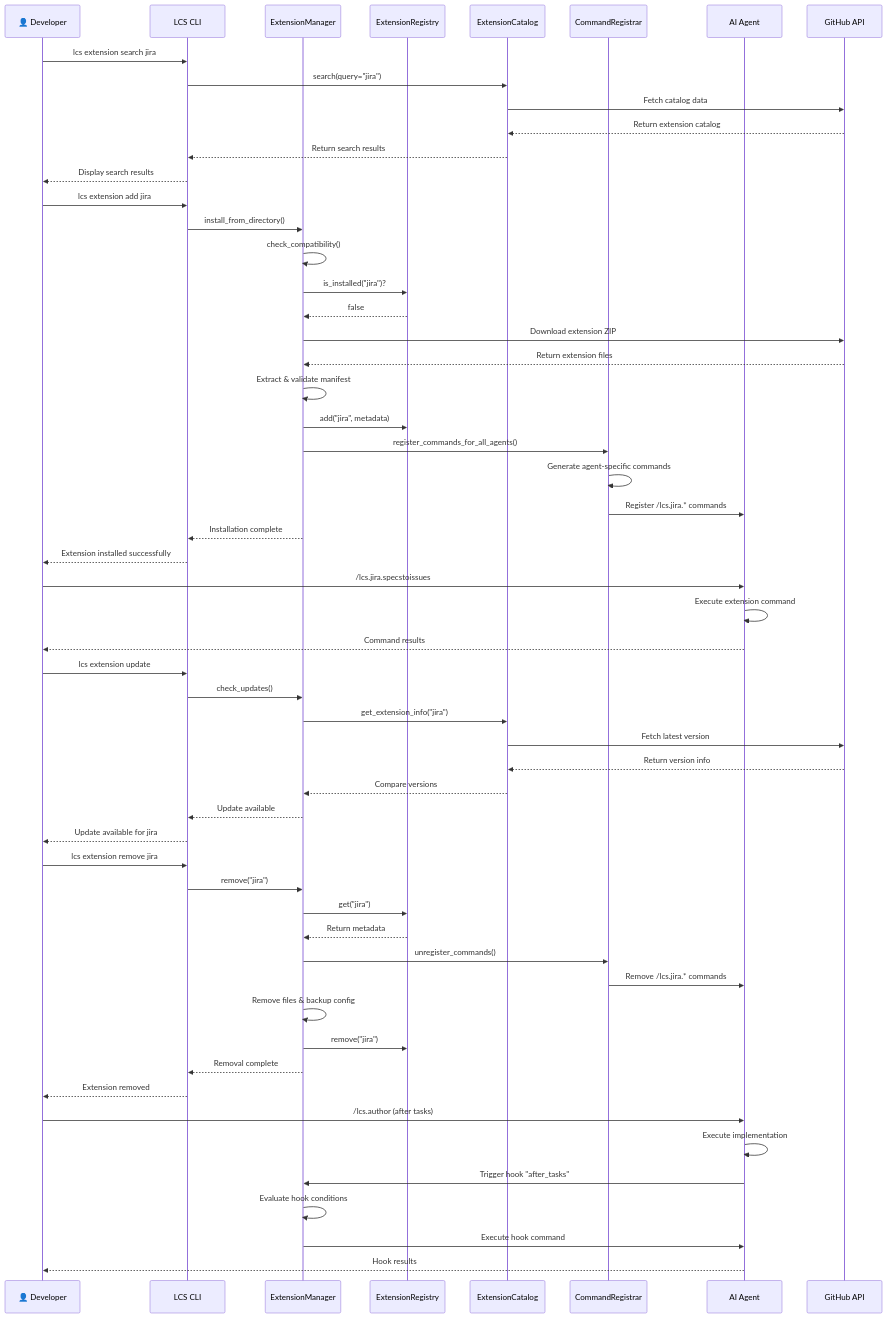
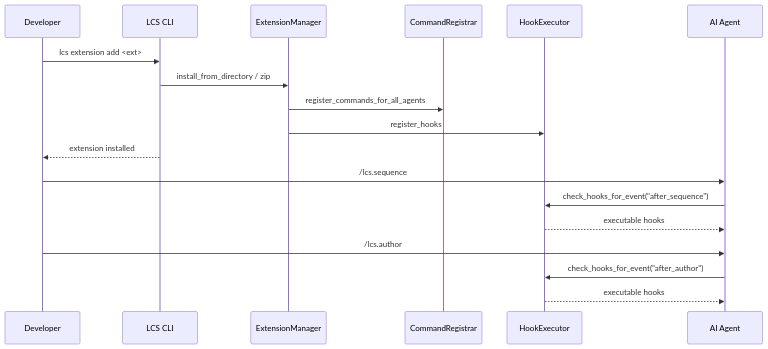
The diagram in docs/system/architect/extension-system-sequence.md (maemreyo/learning-content-specifier), drawn with Mermaid before and after one commit. The commit also changed 49 other files, not shown here.

````diff
--- a/docs/system/architect/extension-system-sequence.md
+++ b/docs/system/architect/extension-system-sequence.md
@@ -1,70 +1,23 @@
 ```mermaid
 sequenceDiagram
-    participant User as 👤 Developer
+    participant User as Developer
     participant CLI as LCS CLI
     participant ExtMgr as ExtensionManager
-    participant ExtReg as ExtensionRegistry
-    participant ExtCat as ExtensionCatalog
     participant CmdReg as CommandRegistrar
+    participant Hook as HookExecutor
     participant Agent as AI Agent
-    participant GitHub as GitHub API
 
-    %% Extension Discovery & Search
-    User->>CLI: lcs extension search jira
-    CLI->>ExtCat: search(query="jira")
-    ExtCat->>GitHub: Fetch catalog data
-    GitHub-->>ExtCat: Return extension catalog
-    ExtCat-->>CLI: Return search results
-    CLI-->>User: Display search results
+    User->>CLI: lcs extension add <ext>
+    CLI->>ExtMgr: install_from_directory / zip
+    ExtMgr->>CmdReg: register_commands_for_all_agents
+    ExtMgr->>Hook: register_hooks
+    CLI-->>User: extension installed
 
-    %% Extension Installation
-    User->>CLI: lcs extension add jira
-    CLI->>ExtMgr: install_from_directory()
-    ExtMgr->>ExtMgr: check_compatibility()
-    ExtMgr->>ExtReg: is_installed("jira")?
-    ExtReg-->>ExtMgr: false
-    ExtMgr->>GitHub: Download extension ZIP
-    GitHub-->>ExtMgr: Return extension files
-    ExtMgr->>ExtMgr: Extract & validate manifest
-    ExtMgr->>ExtReg: add("jira", metadata)
-    ExtMgr->>CmdReg: register_commands_for_all_agents()
-    CmdReg->>CmdReg: Generate agent-specific commands
-    CmdReg->>Agent: Register /lcs.jira.* commands
-    ExtMgr-->>CLI: Installation complete
-    CLI-->>User: Extension installed successfully
+    User->>Agent: /lcs.sequence
+    Agent->>Hook: check_hooks_for_event("after_sequence")
+    Hook-->>Agent: executable hooks
 
-    %% Extension Usage
-    User->>Agent: /lcs.jira.specstoissues
-    Agent->>Agent: Execute extension command
-    Agent-->>User: Command results
-
-    %% Extension Update Check
-    User->>CLI: lcs extension update
-    CLI->>ExtMgr: check_updates()
-    ExtMgr->>ExtCat: get_extension_info("jira")
-    ExtCat->>GitHub: Fetch latest version
-    GitHub-->>ExtCat: Return version info
-    ExtCat-->>ExtMgr: Compare versions
-    ExtMgr-->>CLI: Update available
-    CLI-->>User: Update available for jira
-
-    %% Extension Removal
-    User->>CLI: lcs extension remove jira
-    CLI->>ExtMgr: remove("jira")
-    ExtMgr->>ExtReg: get("jira")
-    ExtReg-->>ExtMgr: Return metadata
-    ExtMgr->>CmdReg: unregister_commands()
-    CmdReg->>Agent: Remove /lcs.jira.* commands
-    ExtMgr->>ExtMgr: Remove files & backup config
-    ExtMgr->>ExtReg: remove("jira")
-    ExtMgr-->>CLI: Removal complete
-    CLI-->>User: Extension removed
-
-    %% Hook Execution
-    User->>Agent: /lcs.author (after tasks)
-    Agent->>Agent: Execute implementation
-    Agent->>ExtMgr: Trigger hook "after_tasks"
-    ExtMgr->>ExtMgr: Evaluate hook conditions
-    ExtMgr->>Agent: Execute hook command
-    Agent-->>User: Hook results
+    User->>Agent: /lcs.author
+    Agent->>Hook: check_hooks_for_event("after_author")
+    Hook-->>Agent: executable hooks
 ```
````
